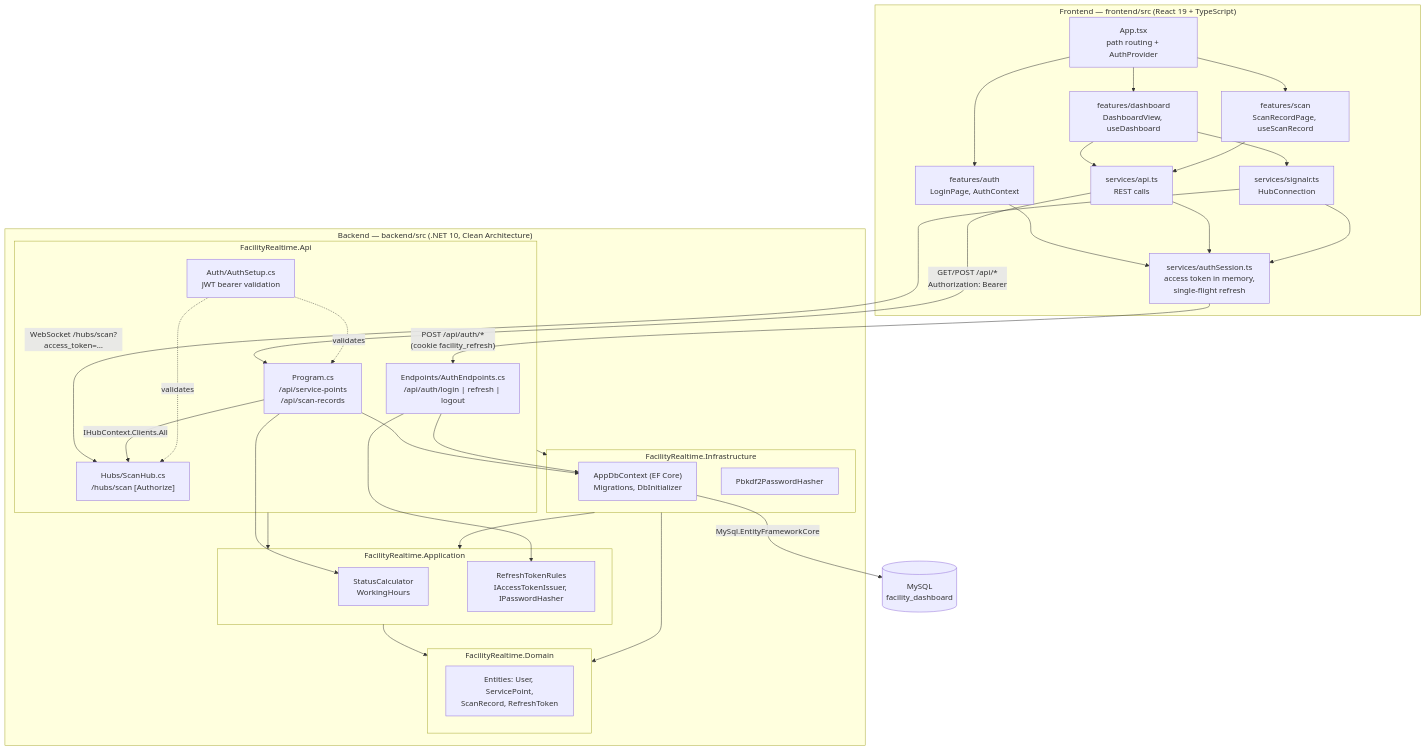
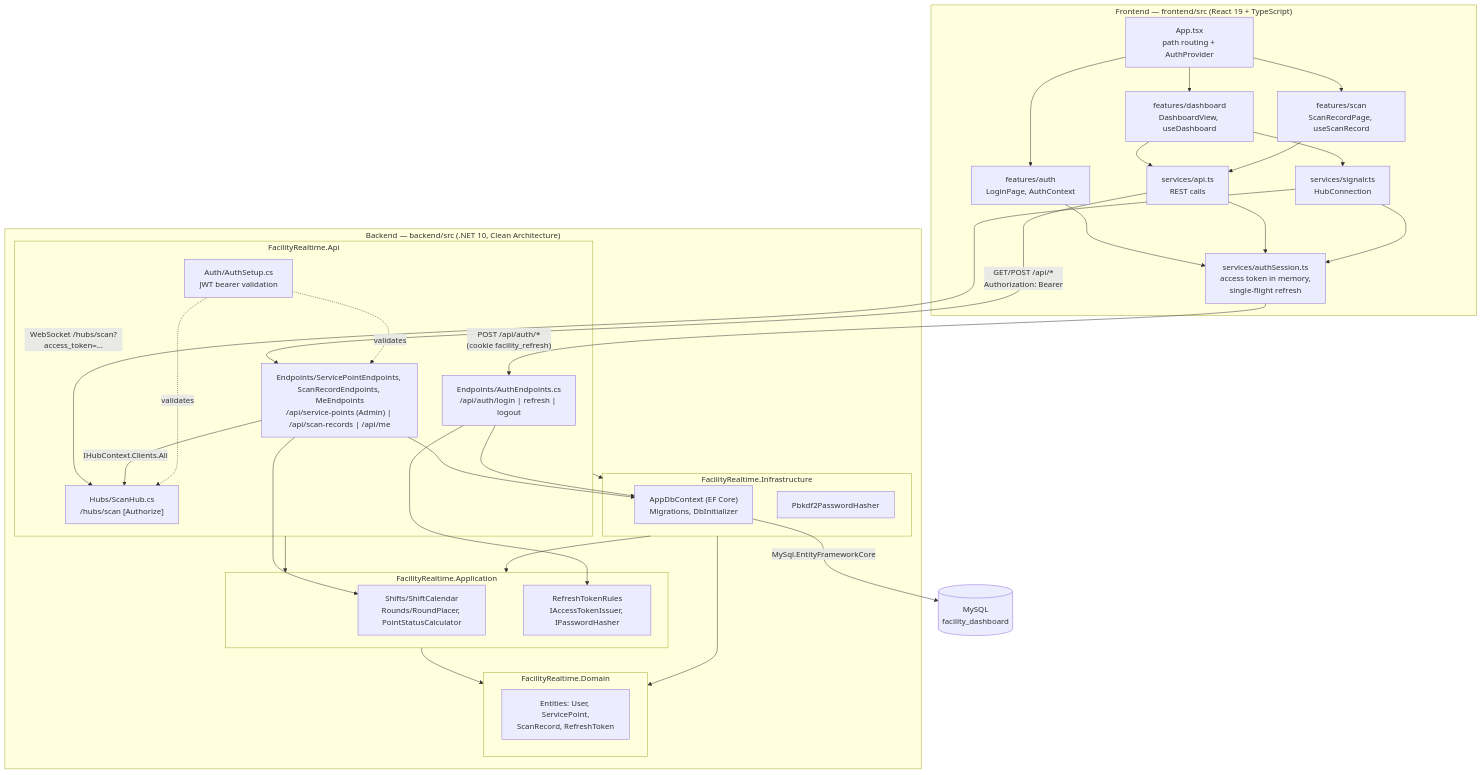
The third of 6 diagrams in docs/architecture.md (ThodsaphonSonthiphin/Facility-Real-time-dashboard), drawn with Mermaid before and after one commit. The commit also changed other lines of this file and 7 other files, not shown here.

Commit message:
feat(backend): place submitted Scan Records into rounds; live feed to Admin Accounts only (facility-0047, 0058)

````diff
--- a/docs/architecture.md
+++ b/docs/architecture.md
@@ -107,60 +107,60 @@
 ```mermaid
 flowchart TB
     subgraph FE["Frontend — frontend/src (React 19 + TypeScript)"]
         App["App.tsx<br/>path routing + AuthProvider"]
         Dash["features/dashboard<br/>DashboardView, useDashboard"]
         Scan["features/scan<br/>ScanRecordPage, useScanRecord"]
         Login["features/auth<br/>LoginPage, AuthContext"]
         ApiSvc["services/api.ts<br/>REST calls"]
         AuthSess["services/authSession.ts<br/>access token in memory,<br/>single-flight refresh"]
         SR["services/signalr.ts<br/>HubConnection"]
     end
 
     subgraph BE["Backend — backend/src (.NET 10, Clean Architecture)"]
         subgraph ApiP["FacilityRealtime.Api"]
-            Ep["Program.cs<br/>/api/service-points<br/>/api/scan-records"]
+            Ep["Endpoints/ServicePointEndpoints, ScanRecordEndpoints, MeEndpoints<br/>/api/service-points (Admin) | /api/scan-records | /api/me"]
             AuthEp["Endpoints/AuthEndpoints.cs<br/>/api/auth/login | refresh | logout"]
             Hub["Hubs/ScanHub.cs<br/>/hubs/scan  [Authorize]"]
             Jwt["Auth/AuthSetup.cs<br/>JWT bearer validation"]
         end
         subgraph AppP["FacilityRealtime.Application"]
-            Status["StatusCalculator<br/>WorkingHours"]
+            Status["Shifts/ShiftCalendar<br/>Rounds/RoundPlacer, PointStatusCalculator"]
             Rules["RefreshTokenRules<br/>IAccessTokenIssuer, IPasswordHasher"]
         end
         subgraph InfP["FacilityRealtime.Infrastructure"]
             Ctx["AppDbContext (EF Core)<br/>Migrations, DbInitializer"]
             Hash["Pbkdf2PasswordHasher"]
         end
         subgraph DomP["FacilityRealtime.Domain"]
             Ent["Entities: User, ServicePoint,<br/>ScanRecord, RefreshToken"]
         end
     end
 
     DB[("MySQL<br/>facility_dashboard")]
 
     App --> Dash & Scan & Login
     Dash --> ApiSvc
     Dash --> SR
     Scan --> ApiSvc
     Login --> AuthSess
     ApiSvc --> AuthSess
     SR --> AuthSess
 
     AuthSess -->|"POST /api/auth/*<br/>(cookie facility_refresh)"| AuthEp
     ApiSvc -->|"GET/POST /api/*<br/>Authorization: Bearer"| Ep
     SR -->|"WebSocket /hubs/scan?access_token=…"| Hub
 
     Ep --> Status
     Ep --> Ctx
     Ep -->|"IHubContext.Clients.All"| Hub
     AuthEp --> Rules
     AuthEp --> Ctx
     Jwt -.->|validates| Ep & Hub
 
     ApiP --> AppP
     ApiP --> InfP
     InfP --> AppP
     AppP --> DomP
     InfP --> DomP
     Ctx -->|"MySql.EntityFrameworkCore"| DB
 ```
````
